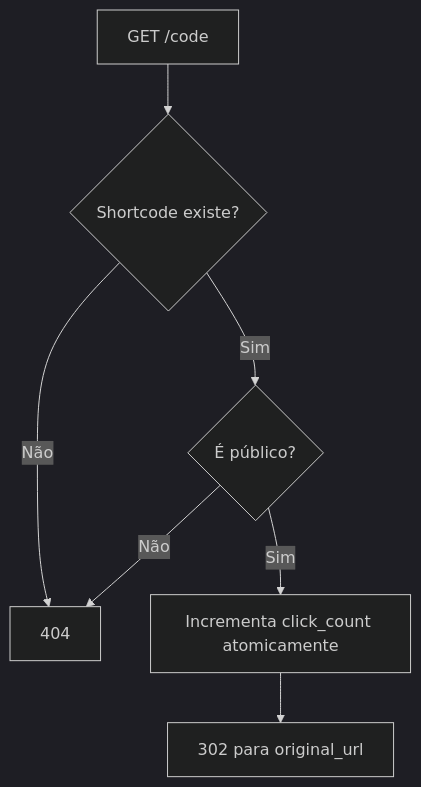
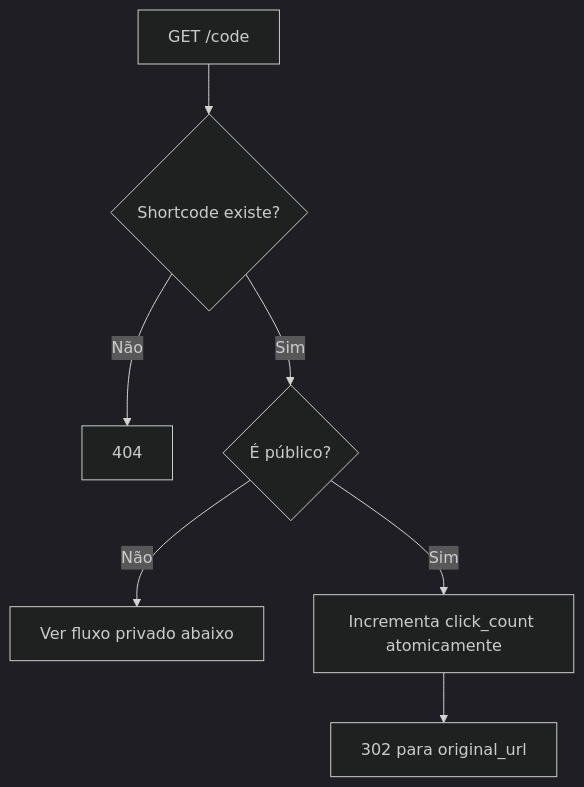
One commit to fredsaggio/shortbit changed the fourth of 6 diagrams in docs/short-links.md. Above: the diagram before and after it, drawn with Mermaid (dark theme). The commit also changed other lines of this file and 4 other files, not shown here.

````diff
--- a/docs/short-links.md
+++ b/docs/short-links.md
@@ -100,9 +100,9 @@
 ```mermaid
 flowchart TD
     Request[GET /code] --> Find{Shortcode existe?}
     Find -- Não --> NotFound[404]
     Find -- Sim --> Visibility{É público?}
-    Visibility -- Não --> NotFound
+    Visibility -- Não --> PrivateFlow[Ver fluxo privado abaixo]
     Visibility -- Sim --> Increment[Incrementa click_count atomicamente]
     Increment --> Redirect[302 para original_url]
 ```
````
